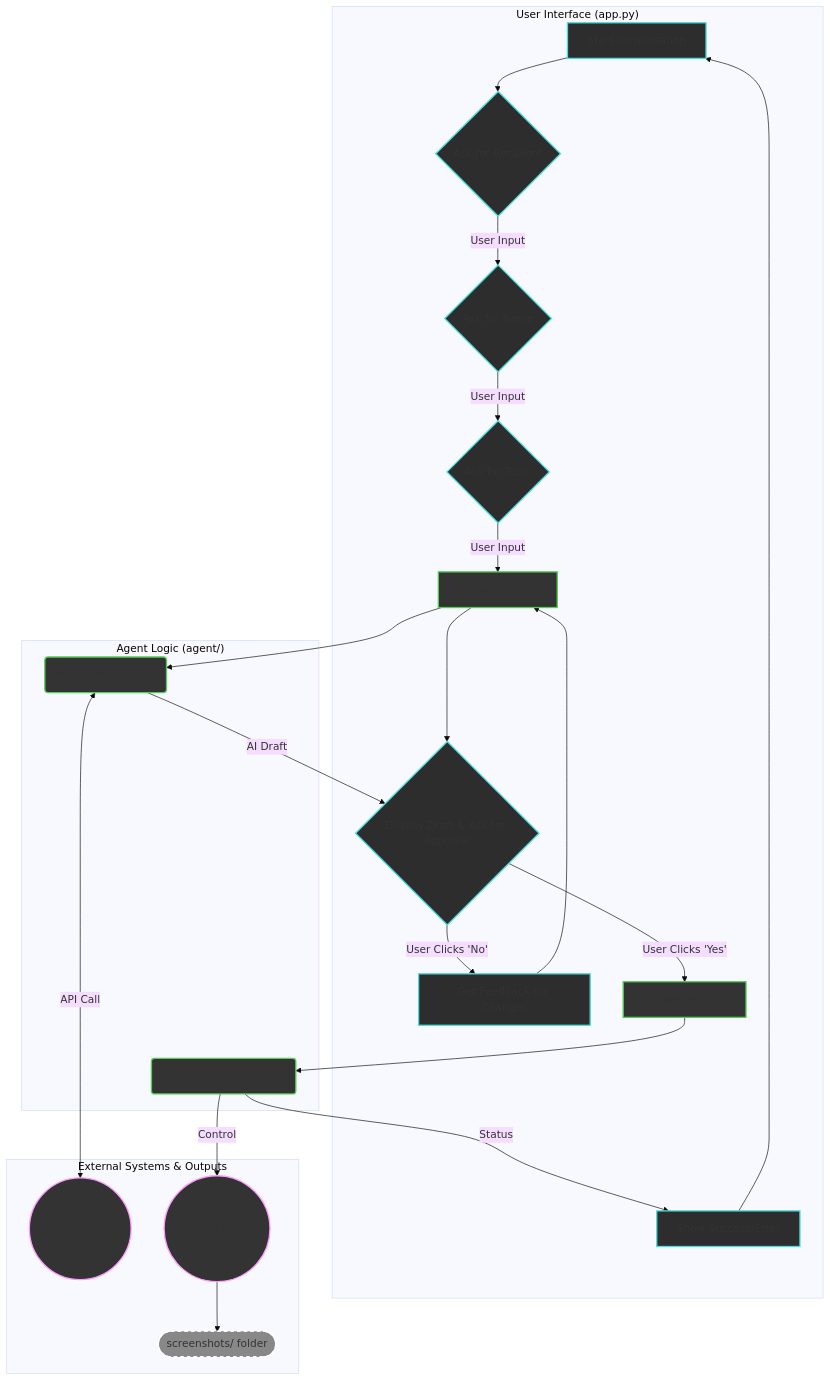
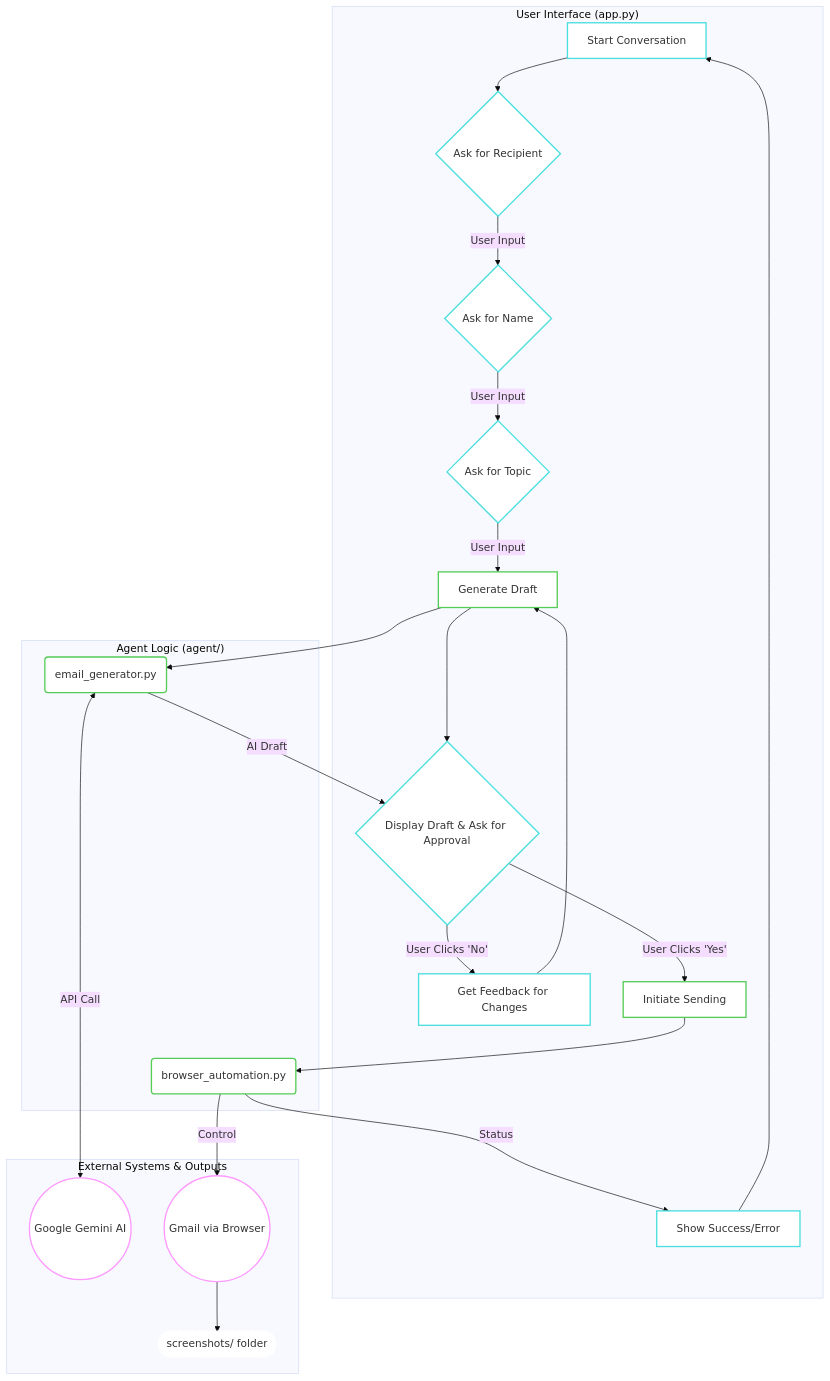
The diagram in README.md (Hardik989175/Autonomous_Email_assistant), drawn with Mermaid (base theme) before and after one commit. The commit also changed other lines of this file, not shown here.

````diff
--- a/README.md
+++ b/README.md
@@ -15,42 +22,42 @@
 ```mermaid
 graph TD
     subgraph "User Interface (app.py)"
-        A[Start Conversation] --> B{Ask for Recipient};
-        B -->|User Input| C{Ask for Name};
-        C -->|User Input| D{Ask for Topic};
-        D -->|User Input| E[Generate Draft];
-        E --> F{Display Draft & Ask for Approval};
-        F -->|User Clicks 'No'| G[Get Feedback for Changes];
-        G --> E;
-        F -->|User Clicks 'Yes'| H[Initiate Sending];
-        I[Show Success/Error] --> A;
+        A[Start Conversation] --> B{Ask for Recipient}
+        B -->|User Input| C{Ask for Name}
+        C -->|User Input| D{Ask for Topic}
+        D -->|User Input| E[Generate Draft]
+        E --> F{Display Draft & Ask for Approval}
+        F -->|User Clicks 'No'| G[Get Feedback for Changes]
+        G --> E
+        F -->|User Clicks 'Yes'| H[Initiate Sending]
+        I[Show Success/Error] --> A
     end
 
     subgraph "Agent Logic (agent/)"
-        E --> J(email_generator.py);
-        J -->|AI Draft| F;
-        H --> K(browser_automation.py);
-        K -->|Status| I;
+        E --> J(email_generator.py)
+        J -->|AI Draft| F
+        H --> K(browser_automation.py)
+        K -->|Status| I
     end
 
     subgraph "External Systems & Outputs"
-        J <-->|API Call| L((Google Gemini AI));
-        K -->|Control| M((Gmail via Browser));
-        M --> N([screenshots/ folder]);
+        J <-->|API Call| L((Google Gemini AI))
+        K -->|Control| M((Gmail via Browser))
+        M --> N([screenshots/ folder])
     end
 
-    style A fill:#2D2D2D,stroke:#4ADEDE,stroke-width:2px
-    style B fill:#2D2D2D,stroke:#4ADEDE,stroke-width:2px
-    style C fill:#2D2D2D,stroke:#4ADEDE,stroke-width:2px
-    style D fill:#2D2D2D,stroke:#4ADEDE,stroke-width:2px
-    style E fill:#333,stroke:#5C5,stroke-width:2px
-    style F fill:#2D2D2D,stroke:#4ADEDE,stroke-width:2px
-    style G fill:#2D2D2D,stroke:#4ADEDE,stroke-width:2px
-    style H fill:#333,stroke:#5C5,stroke-width:2px
-    style I fill:#2D2D2D,stroke:#4ADEDE,stroke-width:2px
-    style J fill:#333,stroke:#5C5,stroke-width:2px
-    style K fill:#333,stroke:#5C5,stroke-width:2px
-    style L fill:#333,stroke:#f9f,stroke-width:2px
-    style M fill:#333,stroke:#f9f,stroke-width:2px
-    style N fill:#888,stroke:#fff,stroke-width:2px,stroke-dasharray: 5 5
+    style A fill:#ffffff,stroke:#4ADEDE,stroke-width:2px
+    style B fill:#ffffff,stroke:#4ADEDE,stroke-width:2px
+    style C fill:#ffffff,stroke:#4ADEDE,stroke-width:2px
+    style D fill:#ffffff,stroke:#4ADEDE,stroke-width:2px
+    style E fill:#ffffff,stroke:#5C5,stroke-width:2px
+    style F fill:#ffffff,stroke:#4ADEDE,stroke-width:2px
+    style G fill:#ffffff,stroke:#4ADEDE,stroke-width:2px
+    style H fill:#ffffff,stroke:#5C5,stroke-width:2px
+    style I fill:#ffffff,stroke:#4ADEDE,stroke-width:2px
+    style J fill:#ffffff,stroke:#5C5,stroke-width:2px
+    style K fill:#ffffff,stroke:#5C5,stroke-width:2px
+    style L fill:#ffffff,stroke:#f9f,stroke-width:2px
+    style M fill:#ffffff,stroke:#f9f,stroke-width:2px
+    style N fill:#ffffff,stroke:#fff,stroke-width:2px,stroke-dasharray: 5 5
 ```
````
